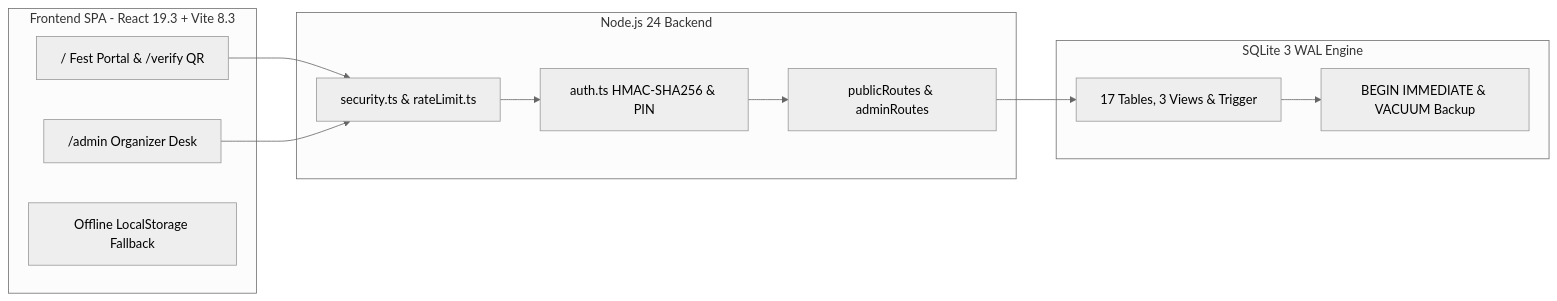
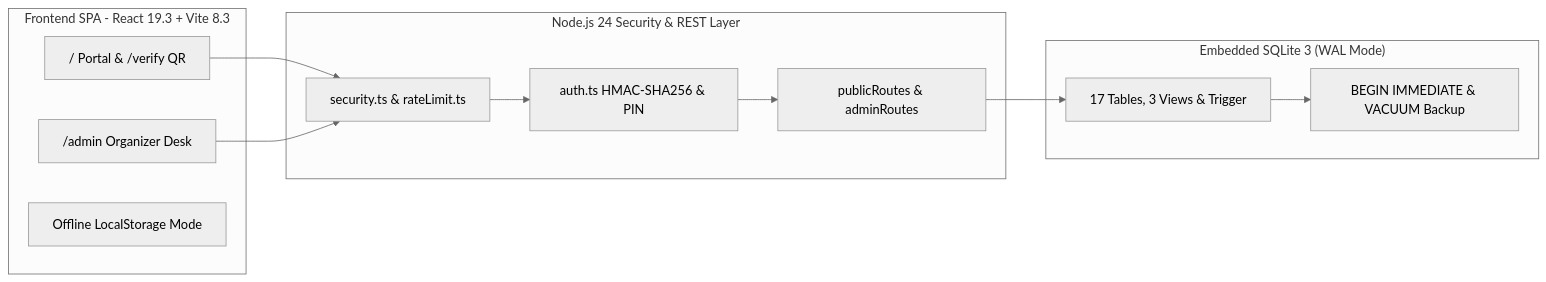
Before and after one commit to Dilkhushkumardev/TechySheikhpura: the diagram in README.md, drawn with Mermaid (neutral theme). The commit also changed other lines of this file and 7 other files, not shown here.

````diff
--- a/README.md
+++ b/README.md
@@ -137,26 +178,26 @@
 ```mermaid
 flowchart LR
     subgraph Client ["Frontend SPA - React 19.3 + Vite 8.3"]
-        Portal["/ Fest Portal & /verify QR"]
+        Portal["/ Portal & /verify QR"]
         AdminUI["/admin Organizer Desk"]
-        Fallback["Offline LocalStorage Fallback"]
+        Fallback["Offline LocalStorage Mode"]
     end
 
-    subgraph API ["Node.js 24 Backend"]
+    subgraph API ["Node.js 24 Security & REST Layer"]
         Sec["security.ts & rateLimit.ts"]
         Auth["auth.ts HMAC-SHA256 & PIN"]
         Routes["publicRoutes & adminRoutes"]
     end
 
-    subgraph DB ["SQLite 3 WAL Engine"]
+    subgraph DB ["Embedded SQLite 3 (WAL Mode)"]
         Schema["17 Tables, 3 Views & Trigger"]
         Tx["BEGIN IMMEDIATE & VACUUM Backup"]
     end
 
     Portal --> Sec
     AdminUI --> Sec
     Sec --> Auth
     Auth --> Routes
     Routes --> Schema
     Schema --> Tx
 ```
````
